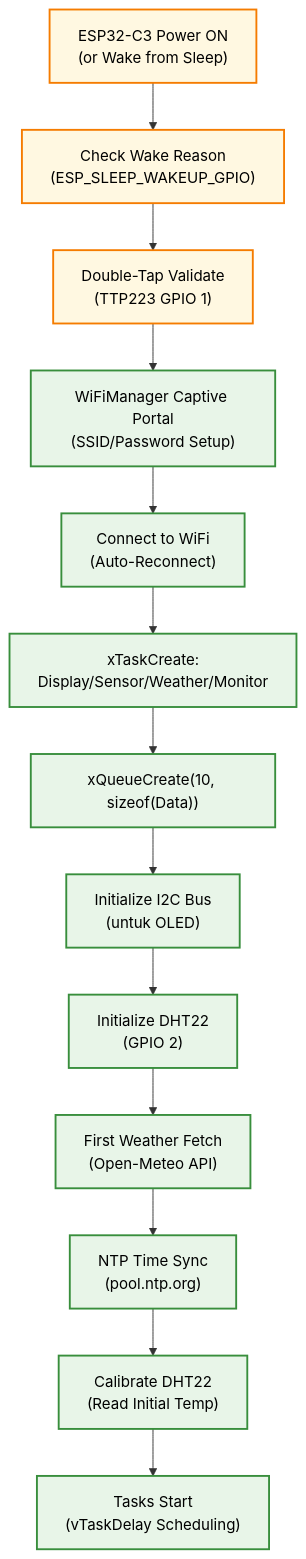
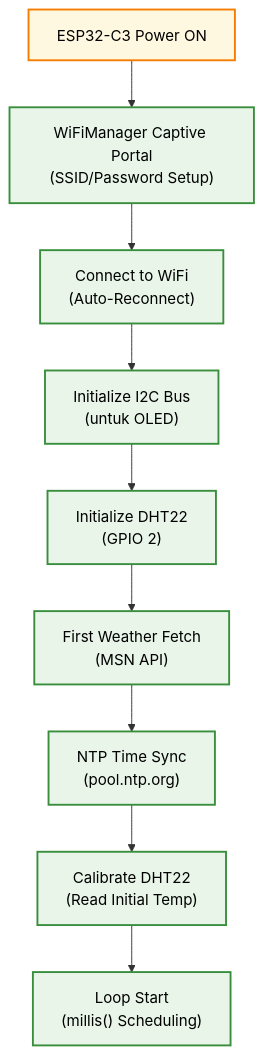
One commit to ficrammanifur/tugass changed the second of 2 diagrams in README.md. Above: the diagram before and after it, drawn with Mermaid. The commit also changed other lines of this file, not shown here.

````diff
--- a/README.md
+++ b/README.md
@@ -274,32 +259,24 @@
 ```mermaid
 flowchart TD
-    POWER_ON["ESP32-C3 Power ON<br/>(or Wake from Sleep)"]
-    CHECK_WAKE["Check Wake Reason<br/>(ESP_SLEEP_WAKEUP_GPIO)"]
-    DOUBLE_TAP["Double-Tap Validate<br/>(TTP223 GPIO 1)"]
+    POWER_ON["ESP32-C3 Power ON"]
     WIFI_SETUP["WiFiManager Captive Portal<br/>(SSID/Password Setup)"]
     CONNECT_WIFI["Connect to WiFi<br/>(Auto-Reconnect)"]
-    INIT_FREERTOS["xTaskCreate:<br/>Display/Sensor/Weather/Monitor"]
-    INIT_QUEUE["xQueueCreate(10, sizeof(Data))"]
-    INIT_I2C["Initialize I2C Bus<br/>(untuk OLED)"]
+    INIT_OLED["Initialize I2C Bus<br/>(untuk OLED)"]
     INIT_DHT["Initialize DHT22<br/>(GPIO 2)"]
-    FETCH_FIRST["First Weather Fetch<br/>(Open-Meteo API)"]
+    FETCH_FIRST["First Weather Fetch<br/>(MSN API)"]
     SYNC_TIME["NTP Time Sync<br/>(pool.ntp.org)"]
     CALIB_DHT["Calibrate DHT22<br/>(Read Initial Temp)"]
-    READY["Tasks Start<br/>(vTaskDelay Scheduling)"]
-    POWER_ON --> CHECK_WAKE
-    CHECK_WAKE --> DOUBLE_TAP
-    DOUBLE_TAP --> WIFI_SETUP
+    READY["Loop Start<br/>(millis() Scheduling)"]
+    POWER_ON --> WIFI_SETUP
     WIFI_SETUP --> CONNECT_WIFI
-    CONNECT_WIFI --> INIT_FREERTOS
-    INIT_FREERTOS --> INIT_QUEUE
-    INIT_QUEUE --> INIT_I2C
-    INIT_I2C --> INIT_DHT
+    CONNECT_WIFI --> INIT_OLED
+    INIT_OLED --> INIT_DHT
     INIT_DHT --> FETCH_FIRST
     FETCH_FIRST --> SYNC_TIME
     SYNC_TIME --> CALIB_DHT
     CALIB_DHT --> READY
     classDef init fill:#e8f5e8,stroke:#388e3c,stroke-width:2px,color:#000
-    classDef sleep fill:#fff8e1,stroke:#f57c00,stroke-width:2px,color:#000
-    class POWER_ON,CHECK_WAKE,DOUBLE_TAP sleep
-    class WIFI_SETUP,CONNECT_WIFI,INIT_FREERTOS,INIT_QUEUE,INIT_I2C,INIT_DHT,FETCH_FIRST,SYNC_TIME,CALIB_DHT,READY init
+    classDef power fill:#fff8e1,stroke:#f57c00,stroke-width:2px,color:#000
+    class POWER_ON power
+    class WIFI_SETUP,CONNECT_WIFI,INIT_OLED,INIT_DHT,FETCH_FIRST,SYNC_TIME,CALIB_DHT,READY init
 ```
````
